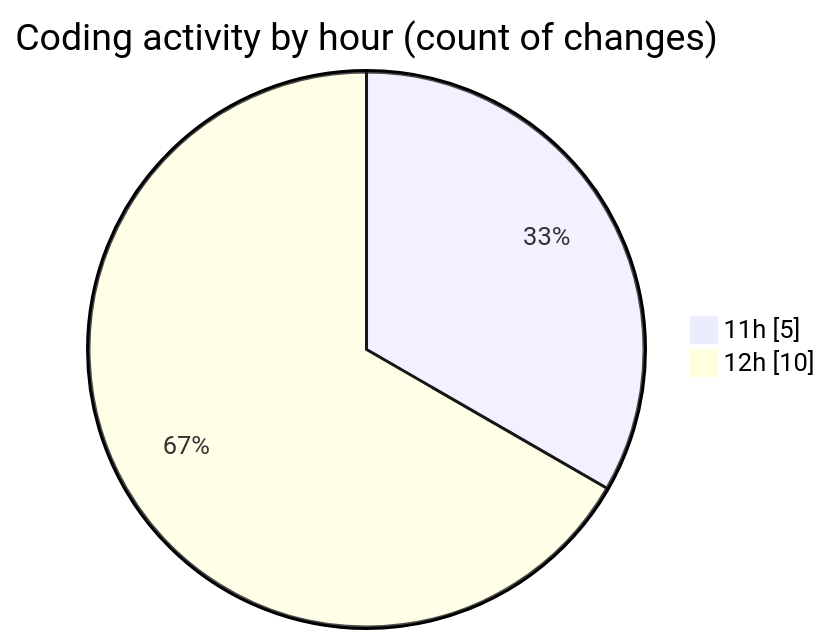
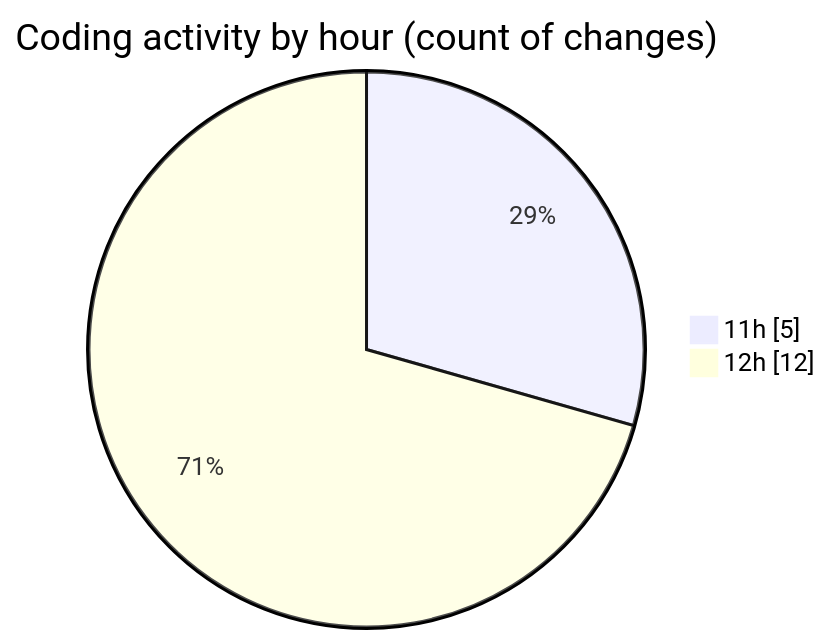
One commit to Elitesun/code-tracking changed the second of 2 diagrams in 2025-03-11/projet_stage/README.md. Above: the diagram before and after it, drawn with Mermaid. The commit also changed other lines of this file and 1 other file, not shown here.

````diff
--- a/2025-03-11/projet_stage/README.md
+++ b/2025-03-11/projet_stage/README.md
@@ -34,6 +35,6 @@
 ```mermaid
 pie showData
 title Coding activity by hour (count of changes)
 "11h" : 5
-"12h" : 10
+"12h" : 12
 ```
````
